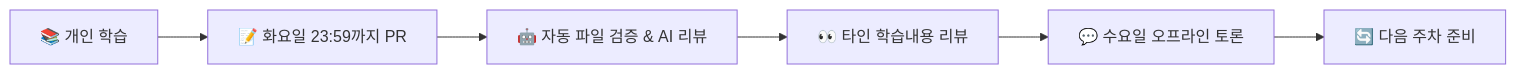
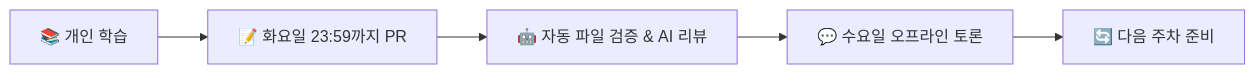
One commit to bookbookbook-fe/clean-architecture changed the diagram in README.md. Above: the diagram before and after it, drawn with Mermaid. The commit also changed other lines of this file, not shown here.

````diff
--- a/README.md
+++ b/README.md
@@ -36,8 +89,7 @@
 ```mermaid
 graph LR
     A[📚 개인 학습] --> B[📝 화요일 23:59까지 PR]
     B --> C[🤖 자동 파일 검증 & AI 리뷰]
-    C --> D[👀 타인 학습내용 리뷰]
-    D --> E[💬 수요일 오프라인 토론]
-    E --> F[🔄 다음 주차 준비]
+    C --> D[💬 수요일 오프라인 토론]
+    D --> E[🔄 다음 주차 준비]
 ```
````
